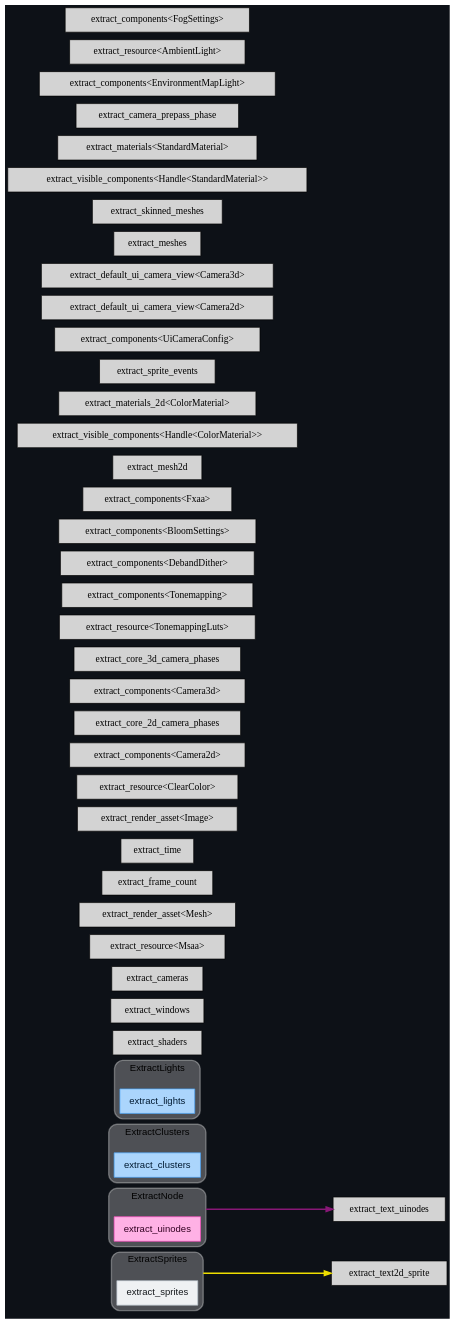
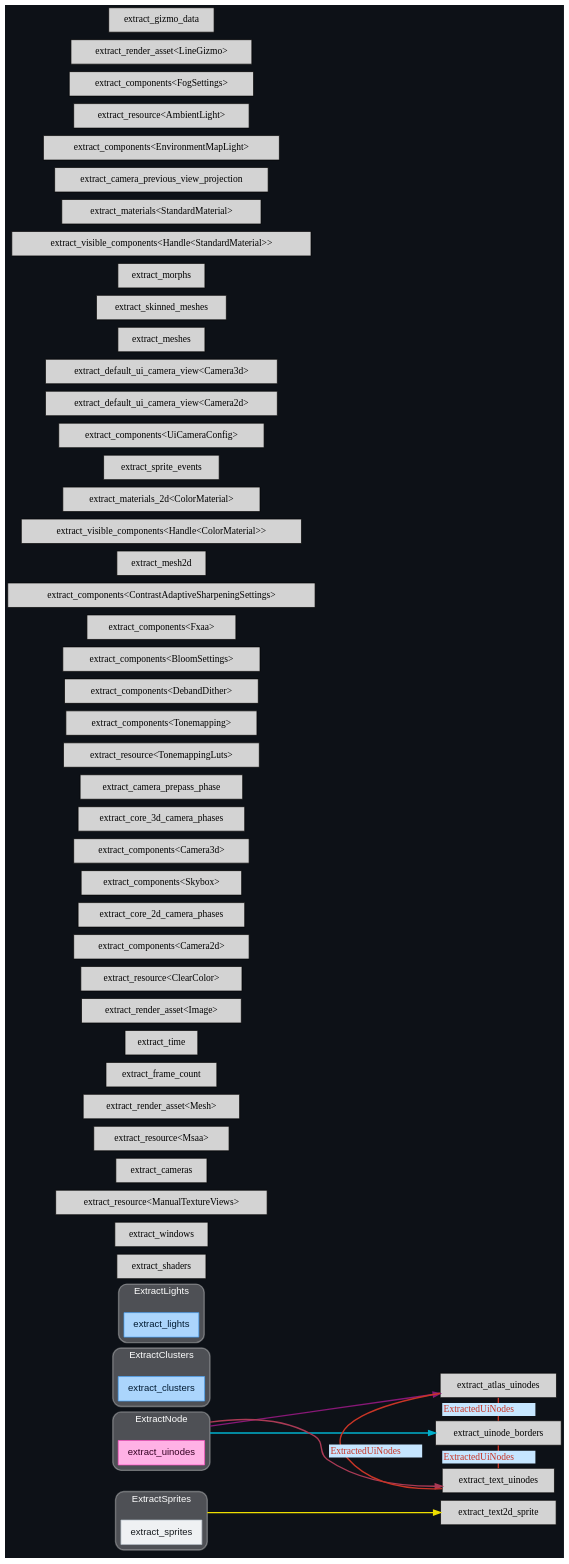
The diagram in docs/schedule/dark/render_schedule_ExtractSchedule.dot (jakobhellermann/bevy_mod_debugdump), drawn with Graphviz before and after one commit. The commit also changed 149 other files, not shown here.

```diff
--- a/docs/schedule/dark/render_schedule_ExtractSchedule.dot
+++ b/docs/schedule/dark/render_schedule_ExtractSchedule.dot
@@ -7,85 +7,103 @@
 	"nodesep"="0.15";
 	edge ["penwidth"="2"];
 	node ["shape"="box", "style"="filled"];
-	subgraph "clusternode_Set(22)" {
+	subgraph "clusternode_Set(26)" {
 		"style"="rounded,filled";
 		"label"="ExtractSprites";
 		"tooltip"="ExtractSprites";
 		"fillcolor"="#ffffff44";
+		"fontcolor"="#ffffff";
 		"color"="#ffffff50";
 		"penwidth"="2";
-		"set_marker_node_Set(22)" ["style"="invis", "label"="", "height"="0", "shape"="point"]
-		"node_System(21)" ["label"="extract_sprites", "tooltip"="bevy_sprite::render::extract_sprites", "fillcolor"="#eff1f3", "fontname"="Helvetica", "fontcolor"="#15191d", "color"="#b4bec7", "penwidth"="1"]
+		"set_marker_node_Set(26)" ["style"="invis", "label"="", "height"="0", "shape"="point"]
+		"node_System(25)" ["label"="extract_sprites", "tooltip"="bevy_sprite::render::extract_sprites", "fillcolor"="#eff1f3", "fontname"="Helvetica", "fontcolor"="#15191d", "color"="#b4bec7", "penwidth"="1"]
 	}
 	
-	subgraph "clusternode_Set(29)" {
+	subgraph "clusternode_Set(33)" {
 		"style"="rounded,filled";
 		"label"="ExtractNode";
 		"tooltip"="ExtractNode";
 		"fillcolor"="#ffffff44";
+		"fontcolor"="#ffffff";
 		"color"="#ffffff50";
 		"penwidth"="2";
-		"set_marker_node_Set(29)" ["style"="invis", "label"="", "height"="0", "shape"="point"]
-		"node_System(27)" ["label"="extract_uinodes", "tooltip"="bevy_ui::render::extract_uinodes", "fillcolor"="#ffb1e5", "fontname"="Helvetica", "fontcolor"="#320021", "color"="#ff4bc2", "penwidth"="1"]
+		"set_marker_node_Set(33)" ["style"="invis", "label"="", "height"="0", "shape"="point"]
+		"node_System(31)" ["label"="extract_uinodes", "tooltip"="bevy_ui::render::extract_uinodes", "fillcolor"="#ffb1e5", "fontname"="Helvetica", "fontcolor"="#320021", "color"="#ff4bc2", "penwidth"="1"]
 	}
 	
-	subgraph "clusternode_Set(40)" {
+	subgraph "clusternode_Set(47)" {
 		"style"="rounded,filled";
 		"label"="ExtractClusters";
 		"tooltip"="ExtractClusters";
 		"fillcolor"="#ffffff44";
+		"fontcolor"="#ffffff";
 		"color"="#ffffff50";
 		"penwidth"="2";
-		"set_marker_node_Set(40)" ["style"="invis", "label"="", "height"="0", "shape"="point"]
-		"node_System(37)" ["label"="extract_clusters", "tooltip"="bevy_pbr::render::light::extract_clusters", "fillcolor"="#abd5fc", "fontname"="Helvetica", "fontcolor"="#011a31", "color"="#48a3f8", "penwidth"="1"]
+		"set_marker_node_Set(47)" ["style"="invis", "label"="", "height"="0", "shape"="point"]
+		"node_System(44)" ["label"="extract_clusters", "tooltip"="bevy_pbr::render::light::extract_clusters", "fillcolor"="#abd5fc", "fontname"="Helvetica", "fontcolor"="#011a31", "color"="#48a3f8", "penwidth"="1"]
 	}
 	
-	subgraph "clusternode_Set(42)" {
+	subgraph "clusternode_Set(49)" {
 		"style"="rounded,filled";
 		"label"="ExtractLights";
 		"tooltip"="ExtractLights";
 		"fillcolor"="#ffffff44";
+		"fontcolor"="#ffffff";
 		"color"="#ffffff50";
 		"penwidth"="2";
-		"set_marker_node_Set(42)" ["style"="invis", "label"="", "height"="0", "shape"="point"]
-		"node_System(38)" ["label"="extract_lights", "tooltip"="bevy_pbr::render::light::extract_lights", "fillcolor"="#abd5fc", "fontname"="Helvetica", "fontcolor"="#011a31", "color"="#48a3f8", "penwidth"="1"]
+		"set_marker_node_Set(49)" ["style"="invis", "label"="", "height"="0", "shape"="point"]
+		"node_System(45)" ["label"="extract_lights", "tooltip"="bevy_pbr::render::light::extract_lights", "fillcolor"="#abd5fc", "fontname"="Helvetica", "fontcolor"="#011a31", "color"="#48a3f8", "penwidth"="1"]
 	}
 	
 	"node_System(0)" ["label"="extract_shaders", "tooltip"="bevy_render::render_resource::pipeline_cache::PipelineCache::extract_shaders"]
 	"node_System(1)" ["label"="extract_windows", "tooltip"="bevy_render::view::window::extract_windows"]
-	"node_System(2)" ["label"="extract_cameras", "tooltip"="bevy_render::camera::camera::extract_cameras"]
-	"node_System(3)" ["label"="extract_resource<Msaa>", "tooltip"="bevy_render::extract_resource::extract_resource<bevy_render::view::Msaa>"]
-	"node_System(4)" ["label"="extract_render_asset<Mesh>", "tooltip"="bevy_render::render_asset::extract_render_asset<bevy_render::mesh::mesh::Mesh>"]
-	"node_System(5)" ["label"="extract_frame_count", "tooltip"="bevy_render::globals::extract_frame_count"]
-	"node_System(6)" ["label"="extract_time", "tooltip"="bevy_render::globals::extract_time"]
-	"node_System(7)" ["label"="extract_render_asset<Image>", "tooltip"="bevy_render::render_asset::extract_render_asset<bevy_render::texture::image::Image>"]
-	"node_System(8)" ["label"="extract_resource<ClearColor>", "tooltip"="bevy_render::extract_resource::extract_resource<bevy_core_pipeline::clear_color::ClearColor>"]
-	"node_System(9)" ["label"="extract_components<Camera2d>", "tooltip"="bevy_render::extract_component::extract_components<bevy_core_pipeline::core_2d::camera_2d::Camera2d>"]
-	"node_System(10)" ["label"="extract_core_2d_camera_phases", "tooltip"="bevy_core_pipeline::core_2d::extract_core_2d_camera_phases"]
-	"node_System(11)" ["label"="extract_components<Camera3d>", "tooltip"="bevy_render::extract_component::extract_components<bevy_core_pipeline::core_3d::camera_3d::Camera3d>"]
-	"node_System(12)" ["label"="extract_core_3d_camera_phases", "tooltip"="bevy_core_pipeline::core_3d::extract_core_3d_camera_phases"]
-	"node_System(13)" ["label"="extract_resource<TonemappingLuts>", "tooltip"="bevy_render::extract_resource::extract_resource<bevy_core_pipeline::tonemapping::TonemappingLuts>"]
-	"node_System(14)" ["label"="extract_components<Tonemapping>", "tooltip"="bevy_render::extract_component::extract_components<bevy_core_pipeline::tonemapping::Tonemapping>"]
-	"node_System(15)" ["label"="extract_components<DebandDither>", "tooltip"="bevy_render::extract_component::extract_components<bevy_core_pipeline::tonemapping::DebandDither>"]
-	"node_System(16)" ["label"="extract_components<BloomSettings>", "tooltip"="bevy_render::extract_component::extract_components<bevy_core_pipeline::bloom::settings::BloomSettings>"]
-	"node_System(17)" ["label"="extract_components<Fxaa>", "tooltip"="bevy_render::extract_component::extract_components<bevy_core_pipeline::fxaa::Fxaa>"]
-	"node_System(18)" ["label"="extract_mesh2d", "tooltip"="bevy_sprite::mesh2d::mesh::extract_mesh2d"]
-	"node_System(19)" ["label"="extract_visible_components<Handle<ColorMaterial>>", "tooltip"="bevy_render::extract_component::extract_visible_components<bevy_asset::handle::Handle<bevy_sprite::mesh2d::color_material::ColorMaterial>>"]
-	"node_System(20)" ["label"="extract_materials_2d<ColorMaterial>", "tooltip"="bevy_sprite::mesh2d::material::extract_materials_2d<bevy_sprite::mesh2d::color_material::ColorMaterial>"]
-	"node_System(22)" ["label"="extract_sprite_events", "tooltip"="bevy_sprite::render::extract_sprite_events"]
-	"node_System(23)" ["label"="extract_text2d_sprite", "tooltip"="bevy_text::text2d::extract_text2d_sprite"]
-	"node_System(24)" ["label"="extract_components<UiCameraConfig>", "tooltip"="bevy_render::extract_component::extract_components<bevy_ui::camera_config::UiCameraConfig>"]
-	"node_System(25)" ["label"="extract_default_ui_camera_view<Camera2d>", "tooltip"="bevy_ui::render::extract_default_ui_camera_view<bevy_core_pipeline::core_2d::camera_2d::Camera2d>"]
-	"node_System(26)" ["label"="extract_default_ui_camera_view<Camera3d>", "tooltip"="bevy_ui::render::extract_default_ui_camera_view<bevy_core_pipeline::core_3d::camera_3d::Camera3d>"]
-	"node_System(28)" ["label"="extract_text_uinodes", "tooltip"="bevy_ui::render::extract_text_uinodes"]
-	"node_System(29)" ["label"="extract_meshes", "tooltip"="bevy_pbr::render::mesh::extract_meshes"]
-	"node_System(30)" ["label"="extract_skinned_meshes", "tooltip"="bevy_pbr::render::mesh::extract_skinned_meshes"]
-	"node_System(31)" ["label"="extract_visible_components<Handle<StandardMaterial>>", "tooltip"="bevy_render::extract_component::extract_visible_components<bevy_asset::handle::Handle<bevy_pbr::pbr_material::StandardMaterial>>"]
-	"node_System(32)" ["label"="extract_materials<StandardMaterial>", "tooltip"="bevy_pbr::material::extract_materials<bevy_pbr::pbr_material::StandardMaterial>"]
-	"node_System(33)" ["label"="extract_camera_prepass_phase", "tooltip"="bevy_pbr::prepass::extract_camera_prepass_phase"]
-	"node_System(34)" ["label"="extract_components<EnvironmentMapLight>", "tooltip"="bevy_render::extract_component::extract_components<bevy_pbr::environment_map::EnvironmentMapLight>"]
-	"node_System(35)" ["label"="extract_resource<AmbientLight>", "tooltip"="bevy_render::extract_resource::extract_resource<bevy_pbr::light::AmbientLight>"]
-	"node_System(36)" ["label"="extract_components<FogSettings>", "tooltip"="bevy_render::extract_component::extract_components<bevy_pbr::fog::FogSettings>"]
-	"set_marker_node_Set(22)" -> "node_System(23)" ["lhead"="", "ltail"="clusternode_Set(22)", "tooltip"="ExtractSprites → extract_text2d_sprite", "color"="#eede00"]
-	"set_marker_node_Set(29)" -> "node_System(28)" ["lhead"="", "ltail"="clusternode_Set(29)", "tooltip"="ExtractNode → extract_text_uinodes", "color"="#881877"]
+	"node_System(2)" ["label"="extract_resource<ManualTextureViews>", "tooltip"="bevy_render::extract_resource::extract_resource<bevy_render::camera::manual_texture_view::ManualTextureViews>"]
+	"node_System(3)" ["label"="extract_cameras", "tooltip"="bevy_render::camera::camera::extract_cameras"]
+	"node_System(4)" ["label"="extract_resource<Msaa>", "tooltip"="bevy_render::extract_resource::extract_resource<bevy_render::view::Msaa>"]
+	"node_System(5)" ["label"="extract_render_asset<Mesh>", "tooltip"="bevy_render::render_asset::extract_render_asset<bevy_render::mesh::mesh::Mesh>"]
+	"node_System(6)" ["label"="extract_frame_count", "tooltip"="bevy_render::globals::extract_frame_count"]
+	"node_System(7)" ["label"="extract_time", "tooltip"="bevy_render::globals::extract_time"]
+	"node_System(8)" ["label"="extract_render_asset<Image>", "tooltip"="bevy_render::render_asset::extract_render_asset<bevy_render::texture::image::Image>"]
+	"node_System(9)" ["label"="extract_resource<ClearColor>", "tooltip"="bevy_render::extract_resource::extract_resource<bevy_core_pipeline::clear_color::ClearColor>"]
+	"node_System(10)" ["label"="extract_components<Camera2d>", "tooltip"="bevy_render::extract_component::extract_components<bevy_core_pipeline::core_2d::camera_2d::Camera2d>"]
+	"node_System(11)" ["label"="extract_core_2d_camera_phases", "tooltip"="bevy_core_pipeline::core_2d::extract_core_2d_camera_phases"]
+	"node_System(12)" ["label"="extract_components<Skybox>", "tooltip"="bevy_render::extract_component::extract_components<bevy_core_pipeline::skybox::Skybox>"]
+	"node_System(13)" ["label"="extract_components<Camera3d>", "tooltip"="bevy_render::extract_component::extract_components<bevy_core_pipeline::core_3d::camera_3d::Camera3d>"]
+	"node_System(14)" ["label"="extract_core_3d_camera_phases", "tooltip"="bevy_core_pipeline::core_3d::extract_core_3d_camera_phases"]
+	"node_System(15)" ["label"="extract_camera_prepass_phase", "tooltip"="bevy_core_pipeline::core_3d::extract_camera_prepass_phase"]
+	"node_System(16)" ["label"="extract_resource<TonemappingLuts>", "tooltip"="bevy_render::extract_resource::extract_resource<bevy_core_pipeline::tonemapping::TonemappingLuts>"]
+	"node_System(17)" ["label"="extract_components<Tonemapping>", "tooltip"="bevy_render::extract_component::extract_components<bevy_core_pipeline::tonemapping::Tonemapping>"]
+	"node_System(18)" ["label"="extract_components<DebandDither>", "tooltip"="bevy_render::extract_component::extract_components<bevy_core_pipeline::tonemapping::DebandDither>"]
+	"node_System(19)" ["label"="extract_components<BloomSettings>", "tooltip"="bevy_render::extract_component::extract_components<bevy_core_pipeline::bloom::settings::BloomSettings>"]
+	"node_System(20)" ["label"="extract_components<Fxaa>", "tooltip"="bevy_render::extract_component::extract_components<bevy_core_pipeline::fxaa::Fxaa>"]
+	"node_System(21)" ["label"="extract_components<ContrastAdaptiveSharpeningSettings>", "tooltip"="bevy_render::extract_component::extract_components<bevy_core_pipeline::contrast_adaptive_sharpening::ContrastAdaptiveSharpeningSettings>"]
+	"node_System(22)" ["label"="extract_mesh2d", "tooltip"="bevy_sprite::mesh2d::mesh::extract_mesh2d"]
+	"node_System(23)" ["label"="extract_visible_components<Handle<ColorMaterial>>", "tooltip"="bevy_render::extract_component::extract_visible_components<bevy_asset::handle::Handle<bevy_sprite::mesh2d::color_material::ColorMaterial>>"]
+	"node_System(24)" ["label"="extract_materials_2d<ColorMaterial>", "tooltip"="bevy_sprite::mesh2d::material::extract_materials_2d<bevy_sprite::mesh2d::color_material::ColorMaterial>"]
+	"node_System(26)" ["label"="extract_sprite_events", "tooltip"="bevy_sprite::render::extract_sprite_events"]
+	"node_System(27)" ["label"="extract_text2d_sprite", "tooltip"="bevy_text::text2d::extract_text2d_sprite"]
+	"node_System(28)" ["label"="extract_components<UiCameraConfig>", "tooltip"="bevy_render::extract_component::extract_components<bevy_ui::camera_config::UiCameraConfig>"]
+	"node_System(29)" ["label"="extract_default_ui_camera_view<Camera2d>", "tooltip"="bevy_ui::render::extract_default_ui_camera_view<bevy_core_pipeline::core_2d::camera_2d::Camera2d>"]
+	"node_System(30)" ["label"="extract_default_ui_camera_view<Camera3d>", "tooltip"="bevy_ui::render::extract_default_ui_camera_view<bevy_core_pipeline::core_3d::camera_3d::Camera3d>"]
+	"node_System(32)" ["label"="extract_atlas_uinodes", "tooltip"="bevy_ui::render::extract_atlas_uinodes"]
+	"node_System(33)" ["label"="extract_uinode_borders", "tooltip"="bevy_ui::render::extract_uinode_borders"]
+	"node_System(34)" ["label"="extract_text_uinodes", "tooltip"="bevy_ui::render::extract_text_uinodes"]
+	"node_System(35)" ["label"="extract_meshes", "tooltip"="bevy_pbr::render::mesh::extract_meshes"]
+	"node_System(36)" ["label"="extract_skinned_meshes", "tooltip"="bevy_pbr::render::mesh::extract_skinned_meshes"]
+	"node_System(37)" ["label"="extract_morphs", "tooltip"="bevy_pbr::render::morph::extract_morphs"]
+	"node_System(38)" ["label"="extract_visible_components<Handle<StandardMaterial>>", "tooltip"="bevy_render::extract_component::extract_visible_components<bevy_asset::handle::Handle<bevy_pbr::pbr_material::StandardMaterial>>"]
+	"node_System(39)" ["label"="extract_materials<StandardMaterial>", "tooltip"="bevy_pbr::material::extract_materials<bevy_pbr::pbr_material::StandardMaterial>"]
+	"node_System(40)" ["label"="extract_camera_previous_view_projection", "tooltip"="bevy_pbr::prepass::extract_camera_previous_view_projection"]
+	"node_System(41)" ["label"="extract_components<EnvironmentMapLight>", "tooltip"="bevy_render::extract_component::extract_components<bevy_pbr::environment_map::EnvironmentMapLight>"]
+	"node_System(42)" ["label"="extract_resource<AmbientLight>", "tooltip"="bevy_render::extract_resource::extract_resource<bevy_pbr::light::AmbientLight>"]
+	"node_System(43)" ["label"="extract_components<FogSettings>", "tooltip"="bevy_render::extract_component::extract_components<bevy_pbr::fog::FogSettings>"]
+	"node_System(46)" ["label"="extract_render_asset<LineGizmo>", "tooltip"="bevy_render::render_asset::extract_render_asset<bevy_gizmos::LineGizmo>"]
+	"node_System(47)" ["label"="extract_gizmo_data", "tooltip"="bevy_gizmos::extract_gizmo_data"]
+	"set_marker_node_Set(26)" -> "node_System(27)" ["lhead"="", "ltail"="clusternode_Set(26)", "tooltip"="ExtractSprites → extract_text2d_sprite", "color"="#eede00"]
+	"set_marker_node_Set(33)" -> "node_System(32)" ["lhead"="", "ltail"="clusternode_Set(33)", "tooltip"="ExtractNode → extract_atlas_uinodes", "color"="#881877"]
+	"set_marker_node_Set(33)" -> "node_System(33)" ["lhead"="", "ltail"="clusternode_Set(33)", "tooltip"="ExtractNode → extract_uinode_borders", "color"="#00b0cc"]
+	"set_marker_node_Set(33)" -> "node_System(34)" ["lhead"="", "ltail"="clusternode_Set(33)", "tooltip"="ExtractNode → extract_text_uinodes", "color"="#aa3a55"]
+	"node_System(33)" -> "node_System(32)" ["dir"="none", "constraint"="false", "color"="#c93526", "fontcolor"="#c93526", "label"=<<table border="0" cellborder="0"><tr><td bgcolor="#c6e6ff">ExtractedUiNodes</td></tr></table>>, "labeltooltip"="extract_uinode_borders — extract_atlas_uinodes"]
+	"node_System(34)" -> "node_System(32)" ["dir"="none", "constraint"="false", "color"="#c93526", "fontcolor"="#c93526", "label"=<<table border="0" cellborder="0"><tr><td bgcolor="#c6e6ff">ExtractedUiNodes</td></tr></table>>, "labeltooltip"="extract_text_uinodes — extract_atlas_uinodes"]
+	"node_System(34)" -> "node_System(33)" ["dir"="none", "constraint"="false", "color"="#c93526", "fontcolor"="#c93526", "label"=<<table border="0" cellborder="0"><tr><td bgcolor="#c6e6ff">ExtractedUiNodes</td></tr></table>>, "labeltooltip"="extract_text_uinodes — extract_uinode_borders"]
 }
```
